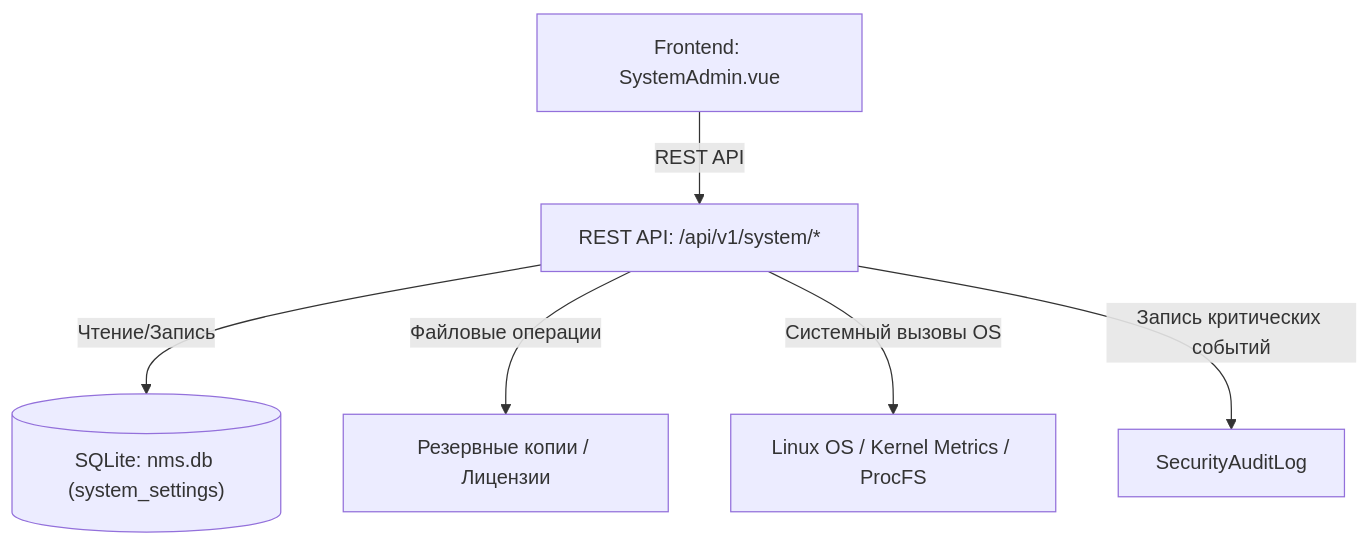
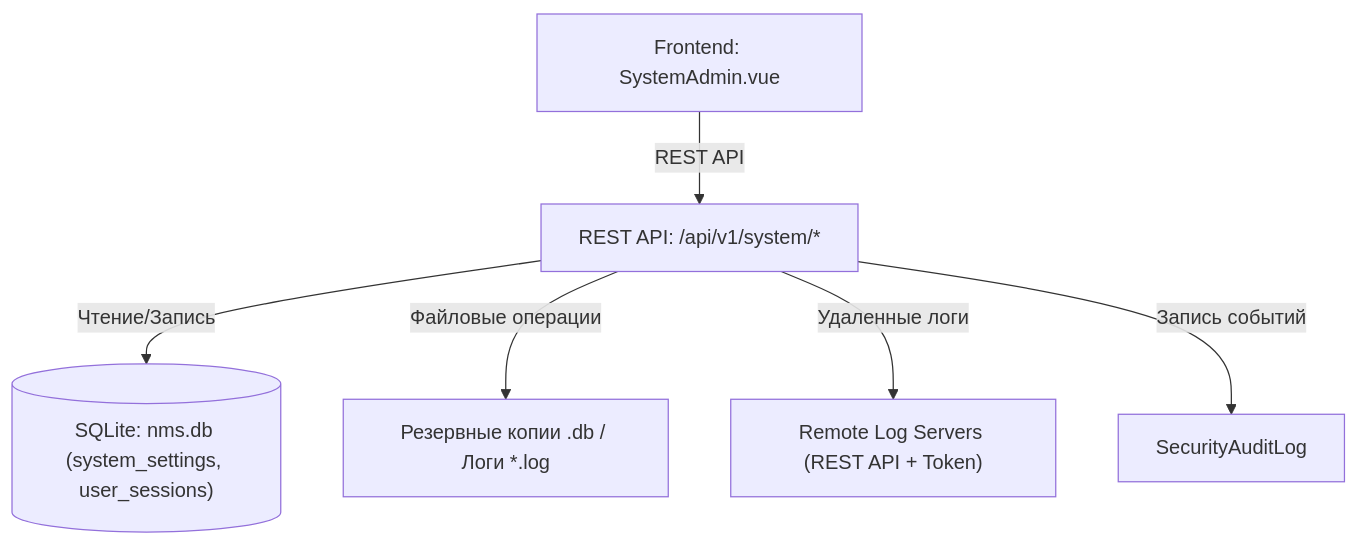
Before and after one commit to Apofixc/nms-webui: the diagram in docs/wiki/02-usage/06-system-administration.md, drawn with Mermaid. The commit also changed other lines of this file, not shown here.

Commit message:
docs: update system administration usage guide for recent configuration changes

````diff
--- a/docs/wiki/02-usage/06-system-administration.md
+++ b/docs/wiki/02-usage/06-system-administration.md
@@ -85,8 +89,8 @@
 ```mermaid
 graph TD
     UI["Frontend: SystemAdmin.vue"] -->|REST API| API["REST API: /api/v1/system/*"]
-    API -->|Чтение/Запись| DB[("SQLite: nms.db (system_settings)")]
-    API -->|Файловые операции| FS["Резервные копии / Лицензии"]
-    API -->|Системный вызовы OS| OS["Linux OS / Kernel Metrics / ProcFS"]
-    API -->|Запись критических событий| Audit["SecurityAuditLog"]
+    API -->|Чтение/Запись| DB[("SQLite: nms.db (system_settings, user_sessions)")]
+    API -->|Файловые операции| FS["Резервные копии .db / Логи *.log"]
+    API -->|Удаленные логи| RemoteServer["Remote Log Servers (REST API + Token)"]
+    API -->|Запись событий| Audit["SecurityAuditLog"]
 ```
````
